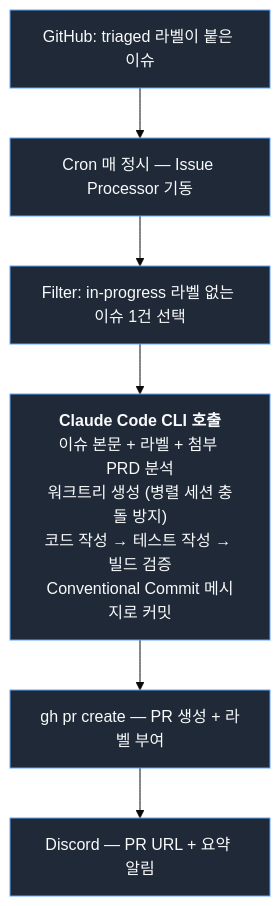
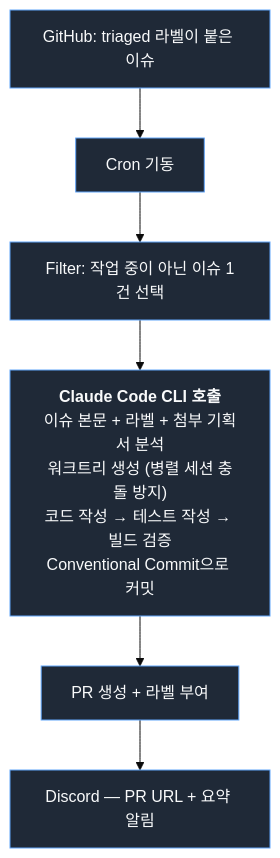
One commit to sossost/market-analyst-showcase changed the first of 2 diagrams in docs/autonomous-operations.md. Above: the diagram before and after it, drawn with Mermaid (base theme). The commit also changed other lines of this file and 6 other files, not shown here.

````diff
--- a/docs/autonomous-operations.md
+++ b/docs/autonomous-operations.md
@@ -73,14 +76,14 @@
 ```mermaid
 flowchart TB
     A["GitHub: triaged 라벨이 붙은 이슈"]
-    B["Cron 매 정시 — Issue Processor 기동"]
-    C["Filter: in-progress 라벨 없는 이슈 1건 선택"]
-    D["<b>Claude Code CLI 호출</b><br/>이슈 본문 + 라벨 + 첨부 PRD 분석<br/>워크트리 생성 (병렬 세션 충돌 방지)<br/>코드 작성 → 테스트 작성 → 빌드 검증<br/>Conventional Commit 메시지로 커밋"]
-    E["gh pr create — PR 생성 + 라벨 부여"]
+    B["Cron 기동"]
+    C["Filter: 작업 중이 아닌 이슈 1건 선택"]
+    D["<b>Claude Code CLI 호출</b><br/>이슈 본문 + 라벨 + 첨부 기획서 분석<br/>워크트리 생성 (병렬 세션 충돌 방지)<br/>코드 작성 → 테스트 작성 → 빌드 검증<br/>Conventional Commit으로 커밋"]
+    E["PR 생성 + 라벨 부여"]
     F["Discord — PR URL + 요약 알림"]
 
     A --> B --> C --> D --> E --> F
 
     classDef step fill:#1f2937,stroke:#60a5fa,color:#f9fafb
     class A,B,C,D,E,F step
 ```
````
